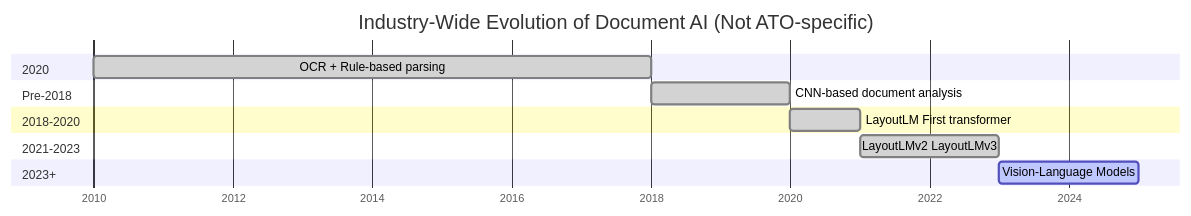
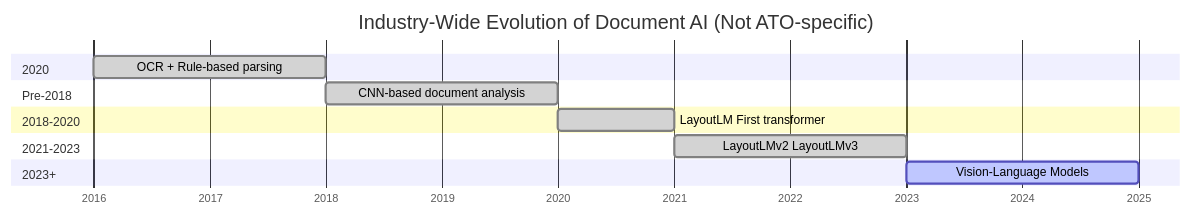
Before and after one commit to tmnestor/unified_vision_processor_minimal: the diagram in presentation_materials/presentation_diagrams/mermaid_exports/Document_AI_Evolution_Timeline.mmd, drawn with Mermaid. The commit also changed 1 other file, not shown here.

Commit message:
✨ feat: update OCR parsing date in Document AI Evolution Timeline and refresh related diagram

```diff
--- a/presentation_materials/presentation_diagrams/mermaid_exports/Document_AI_Evolution_Timeline.mmd
+++ b/presentation_materials/presentation_diagrams/mermaid_exports/Document_AI_Evolution_Timeline.mmd
@@ -1,19 +1,19 @@
 gantt
     title Industry-Wide Evolution of Document AI (Not ATO-specific)
     dateFormat  YYYY
     axisFormat  %Y
     
     section Pre-2018
-    OCR + Rule-based parsing    :done, pre2018, 2010, 2018
+    OCR + Rule-based parsing    :done, pre2018, 2016, 2018
     
     section 2018-2020
     CNN-based document analysis :done, cnn2018, 2018, 2020
     
     section 2020
     LayoutLM First transformer  :done, layoutlm, 2020, 2021
     
     section 2021-2023
     LayoutLMv2 LayoutLMv3      :done, layoutlm23, 2021, 2023
     
     section 2023+
     Vision-Language Models      :active, vlm2023, 2023, 2025
```
